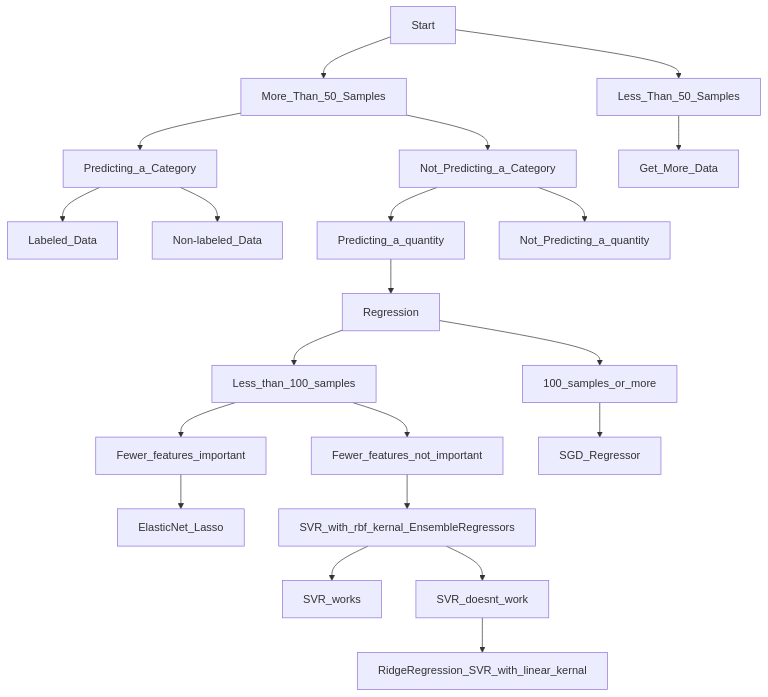
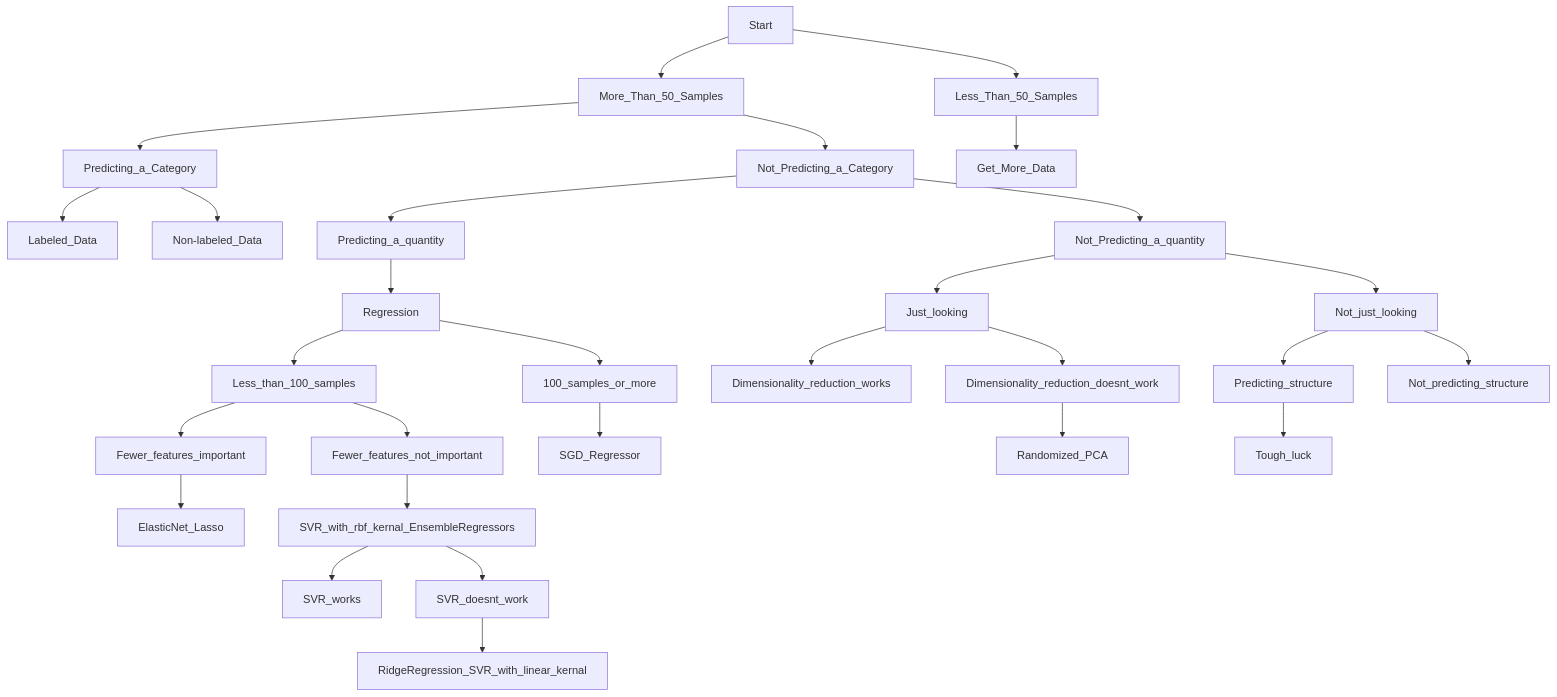
The diagram in ML_Cheatsheet.md (hwetsman/Public_Notes), drawn with Mermaid before and after one commit.

````diff
--- a/ML_Cheatsheet.md
+++ b/ML_Cheatsheet.md
@@ -1,36 +1,44 @@
 ```mermaid
 flowchart TD
 Start --> More_Than_50_Samples
   More_Than_50_Samples --> Predicting_a_Category
     Predicting_a_Category --> Labeled_Data
 
     
     Predicting_a_Category --> Non-labeled_Data
 
 
 
   More_Than_50_Samples --> Not_Predicting_a_Category
     Not_Predicting_a_Category --> Predicting_a_quantity
       Predicting_a_quantity --> Regression
         Regression --> Less_than_100_samples
           Less_than_100_samples --> Fewer_features_important
             Fewer_features_important --> ElasticNet_Lasso
 
           Less_than_100_samples --> Fewer_features_not_important
             Fewer_features_not_important --> SVR_with_rbf_kernal_EnsembleRegressors
               SVR_with_rbf_kernal_EnsembleRegressors --> SVR_works
               SVR_with_rbf_kernal_EnsembleRegressors --> SVR_doesnt_work
                 SVR_doesnt_work --> RidgeRegression_SVR_with_linear_kernal
 
         Regression --> 100_samples_or_more
           100_samples_or_more --> SGD_Regressor
 
     
     Not_Predicting_a_Category --> Not_Predicting_a_quantity
+      Not_Predicting_a_quantity --> Just_looking
+        Just_looking --> Dimensionality_reduction_works
+        Just_looking --> Dimensionality_reduction_doesnt_work
+          Dimensionality_reduction_doesnt_work --> Randomized_PCA
+      Not_Predicting_a_quantity --> Not_just_looking
+        Not_just_looking --> Predicting_structure
+          Predicting_structure --> Tough_luck
+        Not_just_looking --> Not_predicting_structure
 
 
 Start --> Less_Than_50_Samples
   Less_Than_50_Samples --> Get_More_Data
 
 
 ```
````
